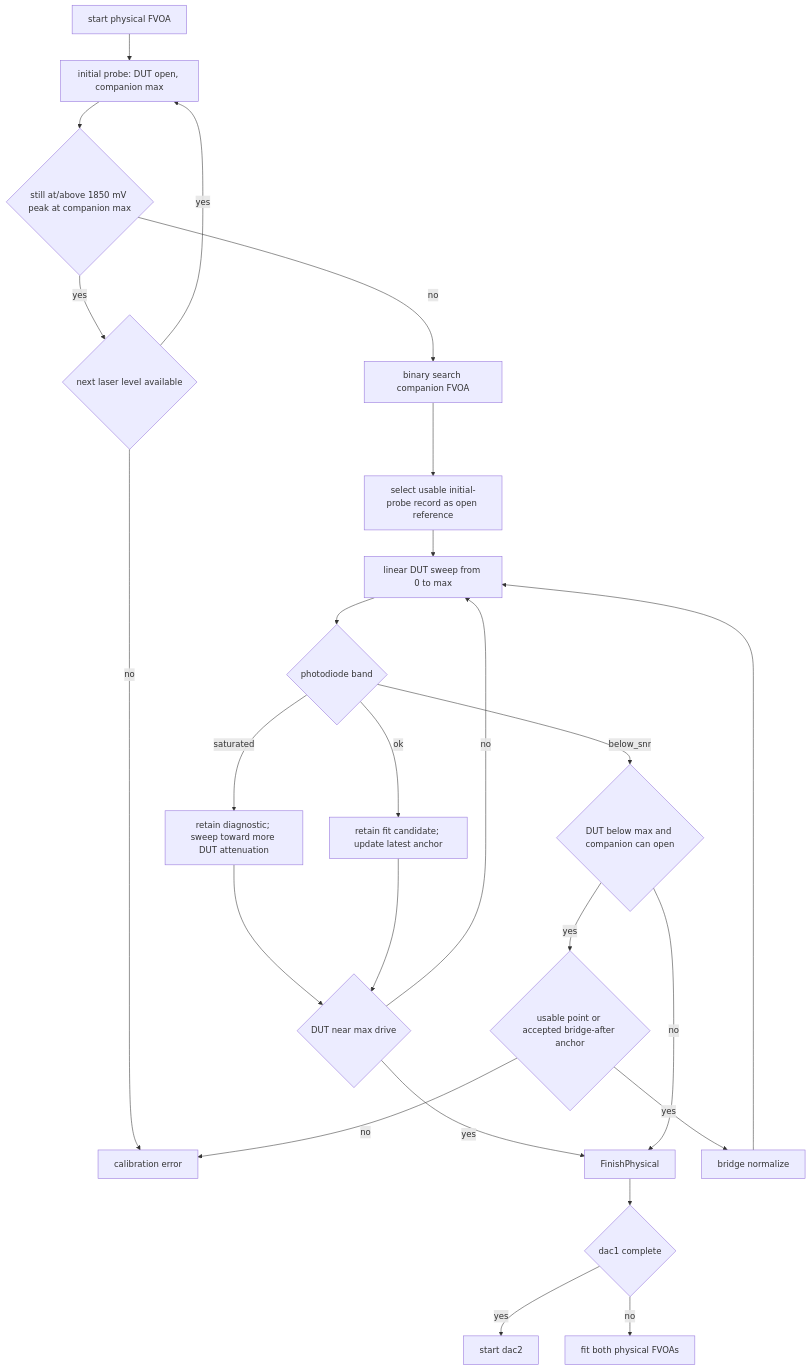
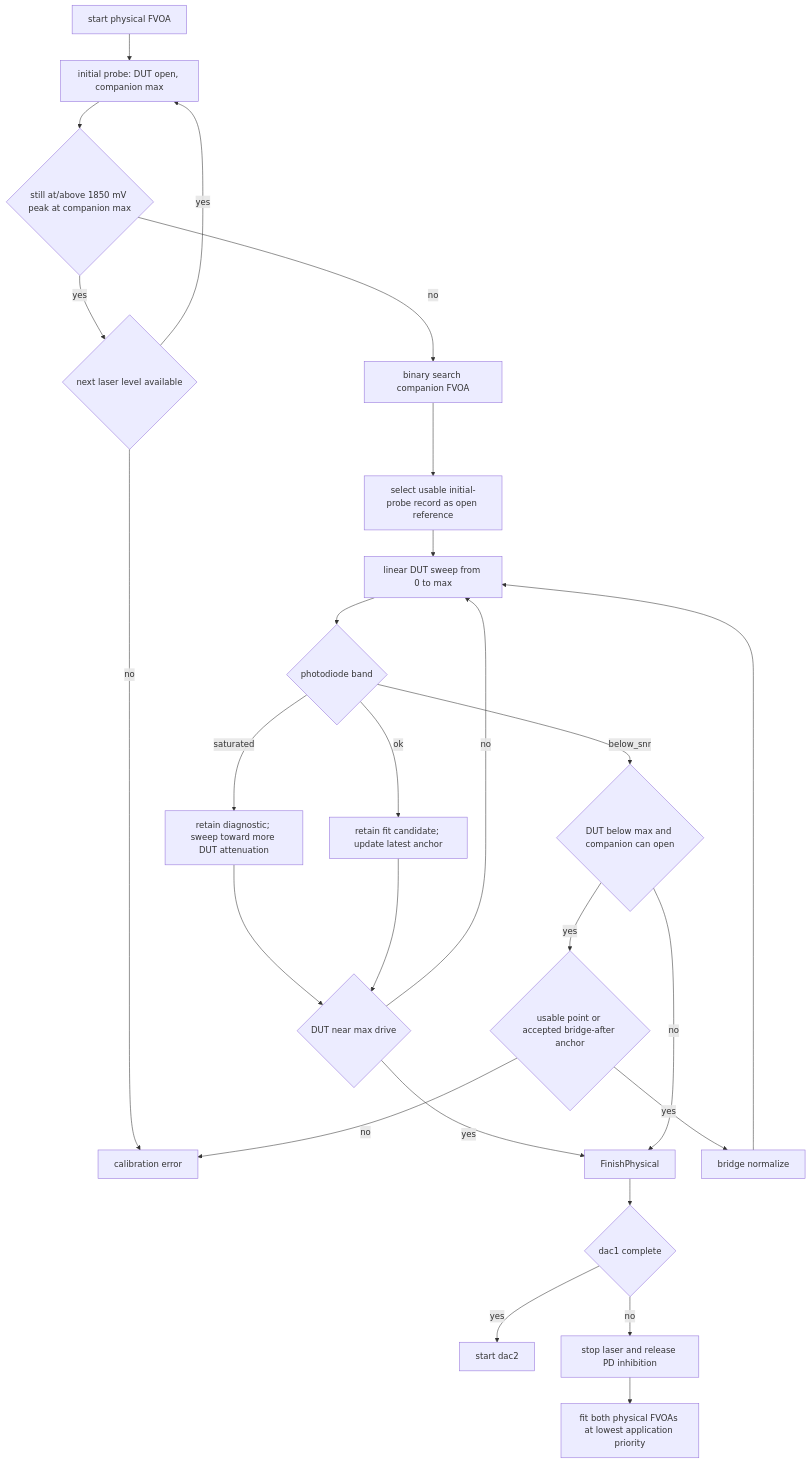
The fourth of 7 diagrams in doc/attenuator_calibration.md (COO-Utilities/hispec-tib), drawn with Mermaid before and after one commit. The commit also changed other lines of this file and 10 other files, not shown here.

````diff
--- a/doc/attenuator_calibration.md
+++ b/doc/attenuator_calibration.md
@@ -163,27 +166,28 @@
 ```mermaid
 flowchart TD
   StartPhysical[start physical FVOA] --> Initial[initial probe: DUT open, companion max]
   Initial --> SaturatedAtMax{still at/above 1850 mV peak at companion max}
   SaturatedAtMax -- yes --> LowerLaser{next laser level available}
   LowerLaser -- yes --> Initial
   LowerLaser -- no --> Error[calibration error]
   SaturatedAtMax -- no --> CompanionSearch[binary search companion FVOA]
   CompanionSearch --> Reference[select usable initial-probe record as open reference]
   Reference --> Sweep[linear DUT sweep from 0 to max]
   Sweep --> Band{photodiode band}
   Band -- saturated --> Bright[retain diagnostic; sweep toward more DUT attenuation]
   Bright --> MoreRange{DUT near max drive}
   Band -- ok --> Usable[retain fit candidate; update latest anchor]
   Usable --> MoreRange
   MoreRange -- yes --> FinishPhysical
   MoreRange -- no --> Sweep
   Band -- below_snr --> BridgeRange{DUT below max and companion can open}
   BridgeRange -- no --> FinishPhysical
   BridgeRange -- yes --> Anchor{usable point or accepted bridge-after anchor}
   Anchor -- no --> Error
   Anchor -- yes --> Bridge[bridge normalize]
   Bridge --> Sweep
   FinishPhysical --> Next{dac1 complete}
   Next -- yes --> StartDac2[start dac2]
-  Next -- no --> Fit[fit both physical FVOAs]
+  Next -- no --> Stop[stop laser and release PD inhibition]
+  Stop --> Fit[fit both physical FVOAs at lowest application priority]
 ```
````
